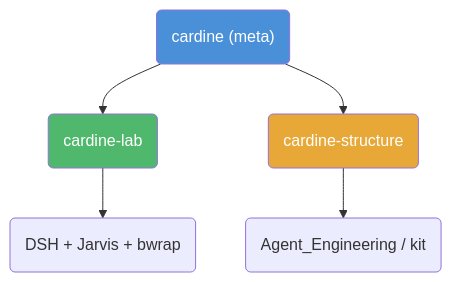
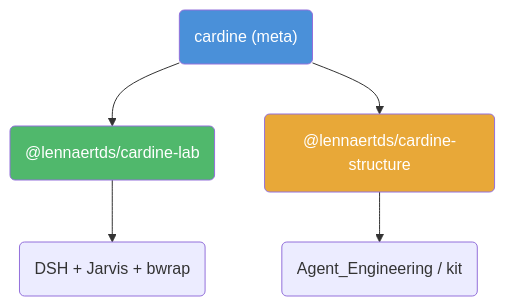
The diagram in README.md (Lennaertds/cardine), drawn with Mermaid before and after one commit. The commit also changed other lines of this file and 19 other files, not shown here.

````diff
--- a/README.md
+++ b/README.md
@@ -37,10 +37,10 @@
 ```mermaid
 graph TD
-    M("cardine (meta)") --> L("cardine-lab")
-    M --> S("cardine-structure")
+    M("cardine (meta)") --> L("@lennaertds/cardine-lab")
+    M --> S("@lennaertds/cardine-structure")
     L --> D("DSH + Jarvis + bwrap")
     S --> K("Agent_Engineering / kit")
     style M fill:#4a90d9,color:#fff
     style L fill:#50b86c,color:#fff
     style S fill:#e8a838,color:#fff
 ```
````
